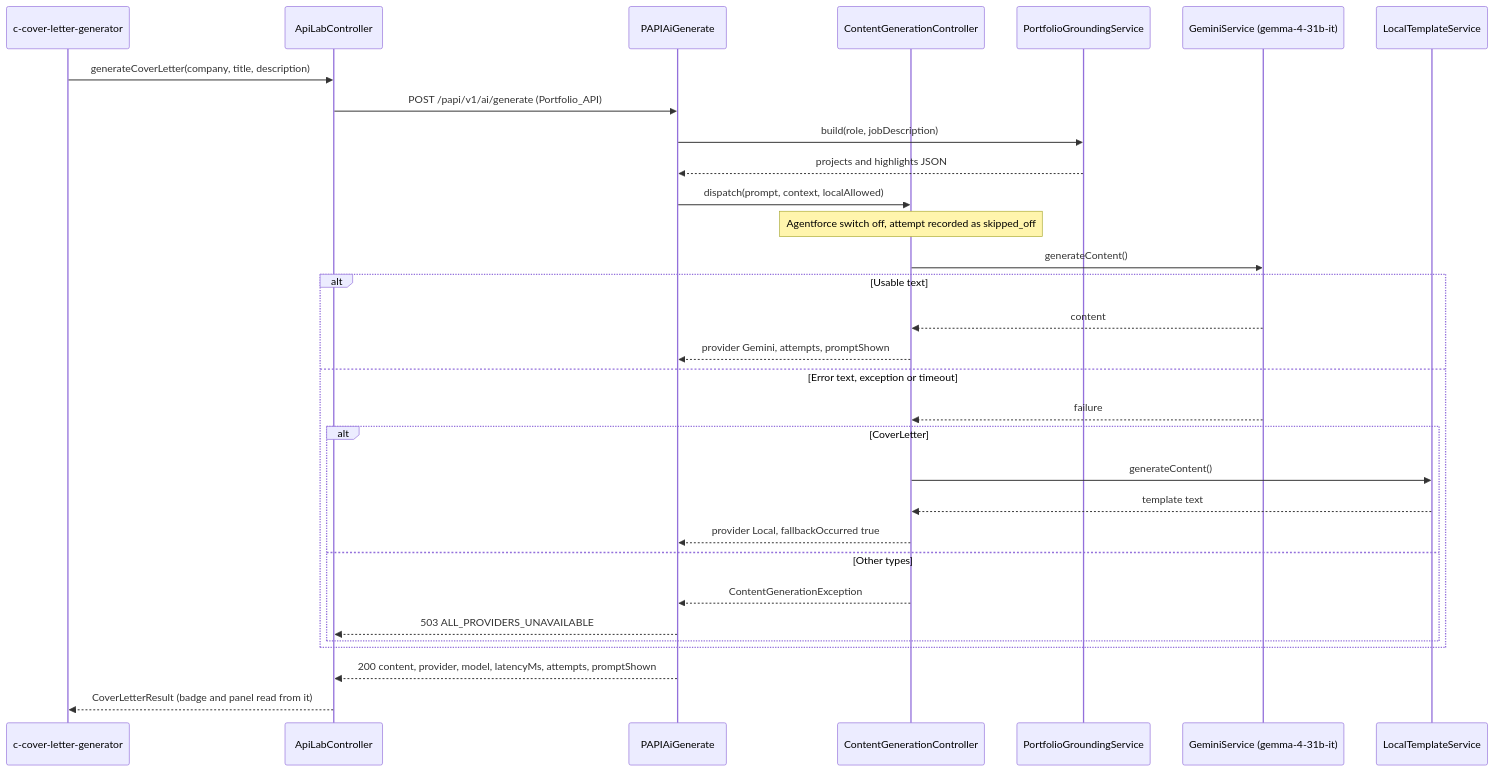
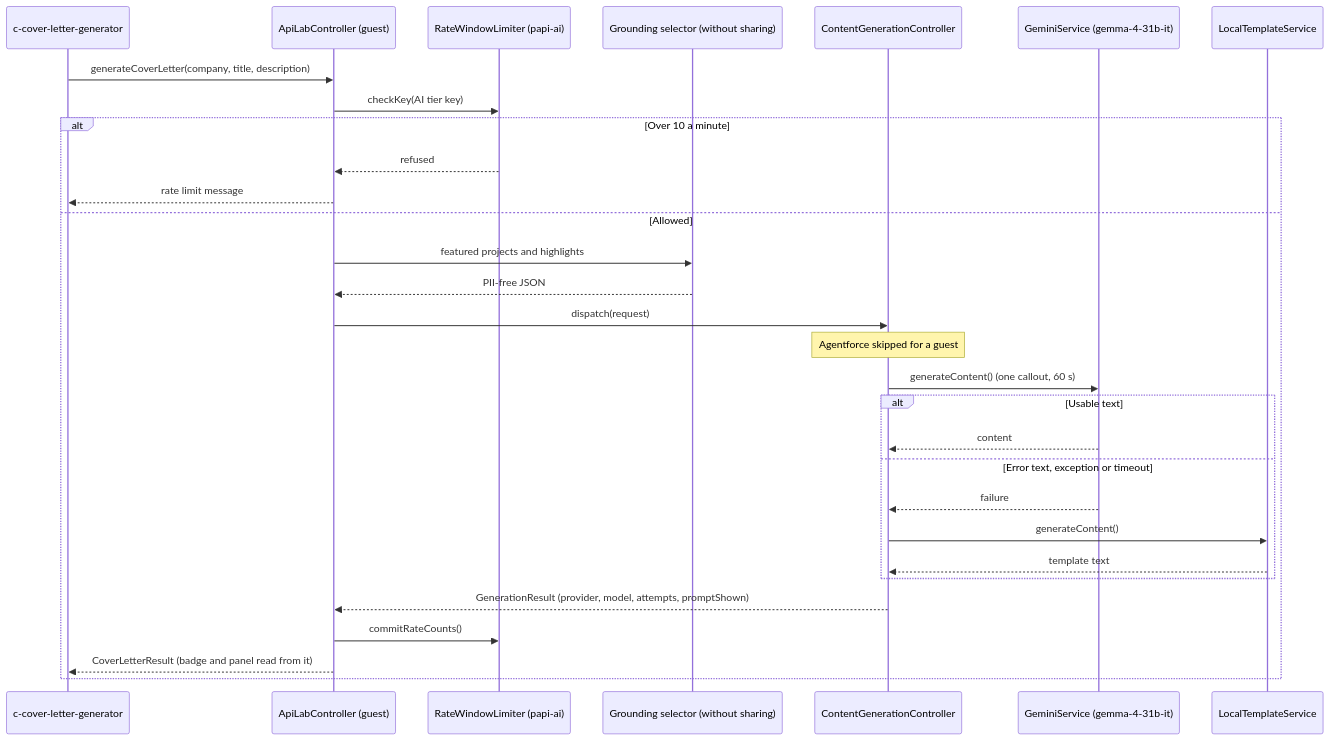
One commit to rdbumstead/salesforce-platform-architect-portfolio changed the fourth of 5 diagrams in docs/guides/03-SAS.md. Above: the diagram before and after it, drawn with Mermaid. The commit also changed other lines of this file and 1 other file, not shown here.

Commit message:
docs(guides): describe the site cover letter dispatching in process as the guest

````diff
--- a/docs/guides/03-SAS.md
+++ b/docs/guides/03-SAS.md
@@ -392,34 +392,33 @@
 ```mermaid
 sequenceDiagram
     participant Page as c-cover-letter-generator
-    participant Proxy as ApiLabController
-    participant API as PAPIAiGenerate
+    participant Lab as ApiLabController (guest)
+    participant Limiter as RateWindowLimiter (papi-ai)
+    participant Grounding as Grounding selector (without sharing)
     participant Dispatcher as ContentGenerationController
-    participant Grounding as PortfolioGroundingService
     participant Gemini as GeminiService (gemma-4-31b-it)
     participant Local as LocalTemplateService
 
-    Page->>Proxy: generateCoverLetter(company, title, description)
-    Proxy->>API: POST /papi/v1/ai/generate (Portfolio_API)
-    API->>Grounding: build(role, jobDescription)
-    Grounding-->>API: projects and highlights JSON
-    API->>Dispatcher: dispatch(prompt, context, localAllowed)
-    Note over Dispatcher: Agentforce switch off, attempt recorded as skipped_off
-    Dispatcher->>Gemini: generateContent()
-    alt Usable text
-        Gemini-->>Dispatcher: content
-        Dispatcher-->>API: provider Gemini, attempts, promptShown
-    else Error text, exception or timeout
-        Gemini-->>Dispatcher: failure
-        alt CoverLetter
+    Page->>Lab: generateCoverLetter(company, title, description)
+    Lab->>Limiter: checkKey(AI tier key)
+    alt Over 10 a minute
+        Limiter-->>Lab: refused
+        Lab-->>Page: rate limit message
+    else Allowed
+        Lab->>Grounding: featured projects and highlights
+        Grounding-->>Lab: PII-free JSON
+        Lab->>Dispatcher: dispatch(request)
+        Note over Dispatcher: Agentforce skipped for a guest
+        Dispatcher->>Gemini: generateContent() (one callout, 60 s)
+        alt Usable text
+            Gemini-->>Dispatcher: content
+        else Error text, exception or timeout
+            Gemini-->>Dispatcher: failure
             Dispatcher->>Local: generateContent()
             Local-->>Dispatcher: template text
-            Dispatcher-->>API: provider Local, fallbackOccurred true
-        else Other types
-            Dispatcher-->>API: ContentGenerationException
-            API-->>Proxy: 503 ALL_PROVIDERS_UNAVAILABLE
         end
+        Dispatcher-->>Lab: GenerationResult (provider, model, attempts, promptShown)
+        Lab->>Limiter: commitRateCounts()
+        Lab-->>Page: CoverLetterResult (badge and panel read from it)
     end
-    API-->>Proxy: 200 content, provider, model, latencyMs, attempts, promptShown
-    Proxy-->>Page: CoverLetterResult (badge and panel read from it)
 ```
````
